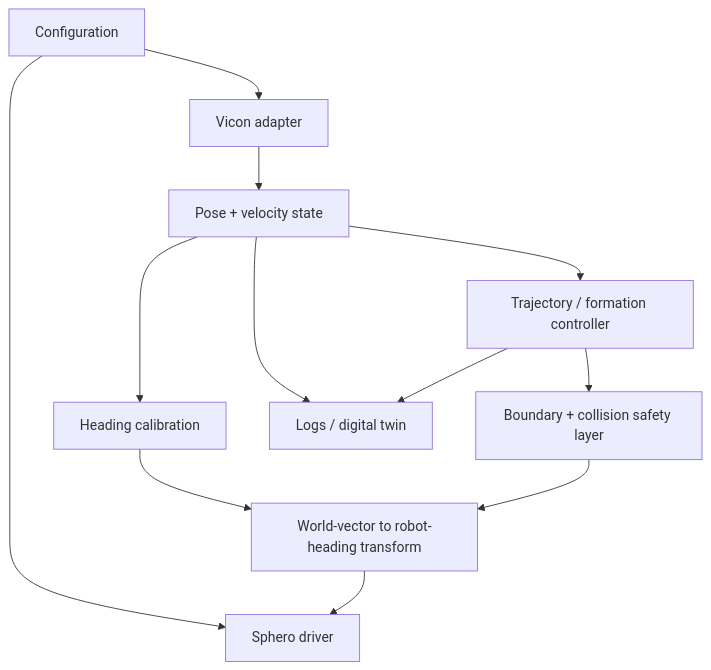
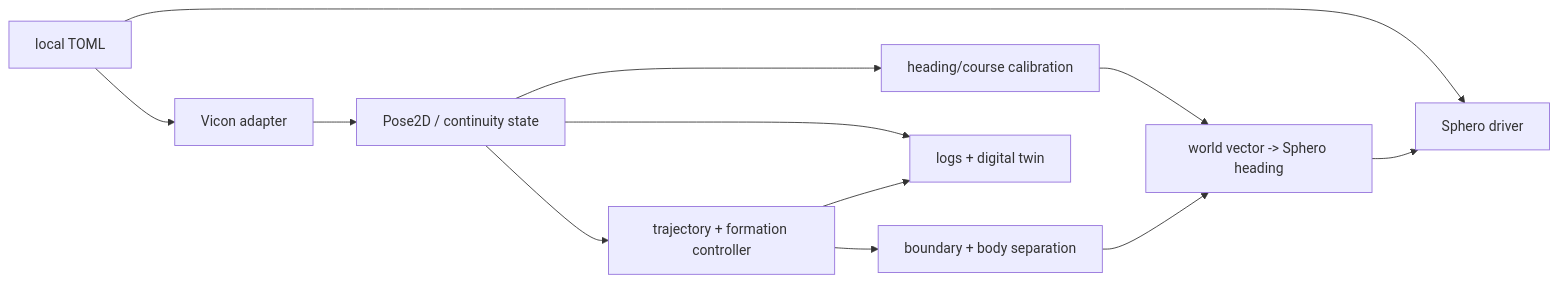
One commit to RV-crtl/sphero-vicon-swarm changed the first of 2 diagrams in docs/architecture.md. Above: the diagram before and after it, drawn with Mermaid. The commit also changed other lines of this file, not shown here.

Commit message:
docs: expand architecture into full system/runtime reference

````diff
--- a/docs/architecture.md
+++ b/docs/architecture.md
@@ -5,14 +12,14 @@
 ```mermaid
-flowchart TD
-    A[Configuration] --> B[Vicon adapter]
-    A --> C[Sphero driver]
-    B --> D[Pose + velocity state]
-    D --> E[Heading calibration]
-    D --> F[Trajectory / formation controller]
-    E --> G[World-vector to robot-heading transform]
-    F --> H[Boundary + collision safety layer]
-    H --> G
-    G --> C
-    D --> I[Logs / digital twin]
-    F --> I
+flowchart LR
+    TOML["local TOML"] --> V["Vicon adapter"]
+    TOML --> D["Sphero driver"]
+    V --> P["Pose2D / continuity state"]
+    P --> CAL["heading/course calibration"]
+    P --> CTRL["trajectory + formation controller"]
+    CAL --> MAP["world vector -> Sphero heading"]
+    CTRL --> SAFE["boundary + body separation"]
+    SAFE --> MAP
+    MAP --> D
+    P --> OBS["logs + digital twin"]
+    CTRL --> OBS
 ```
````
